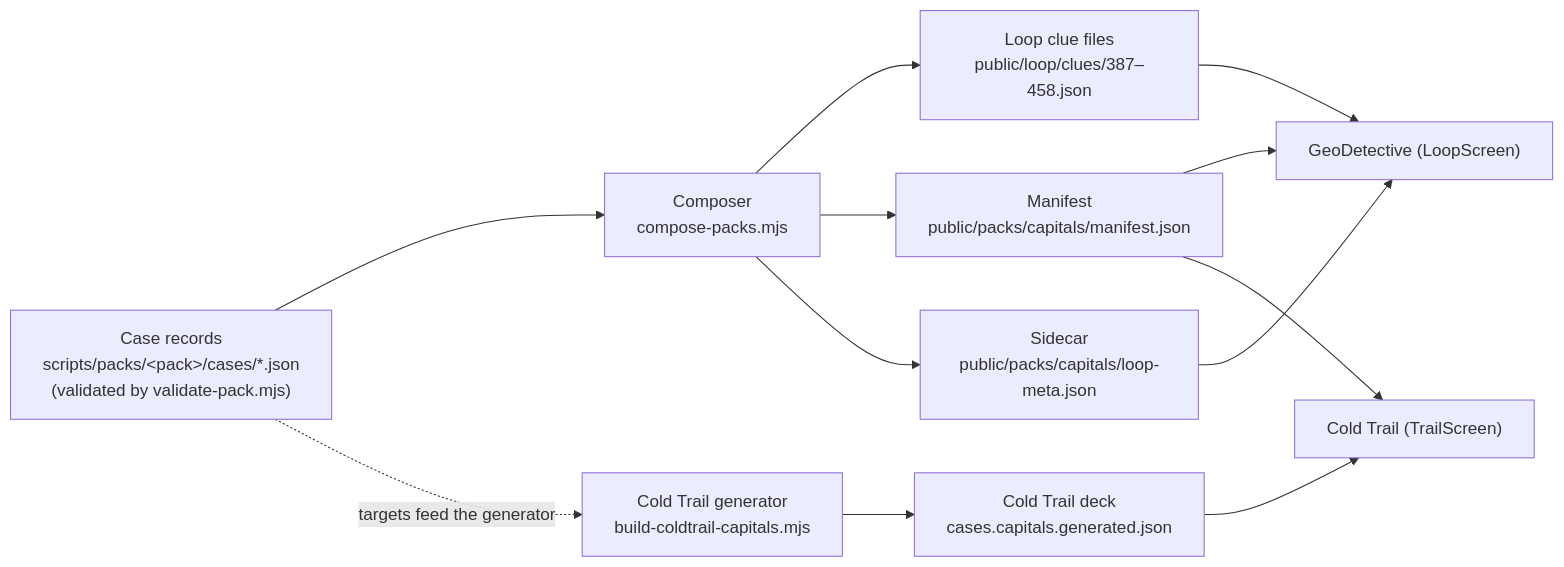
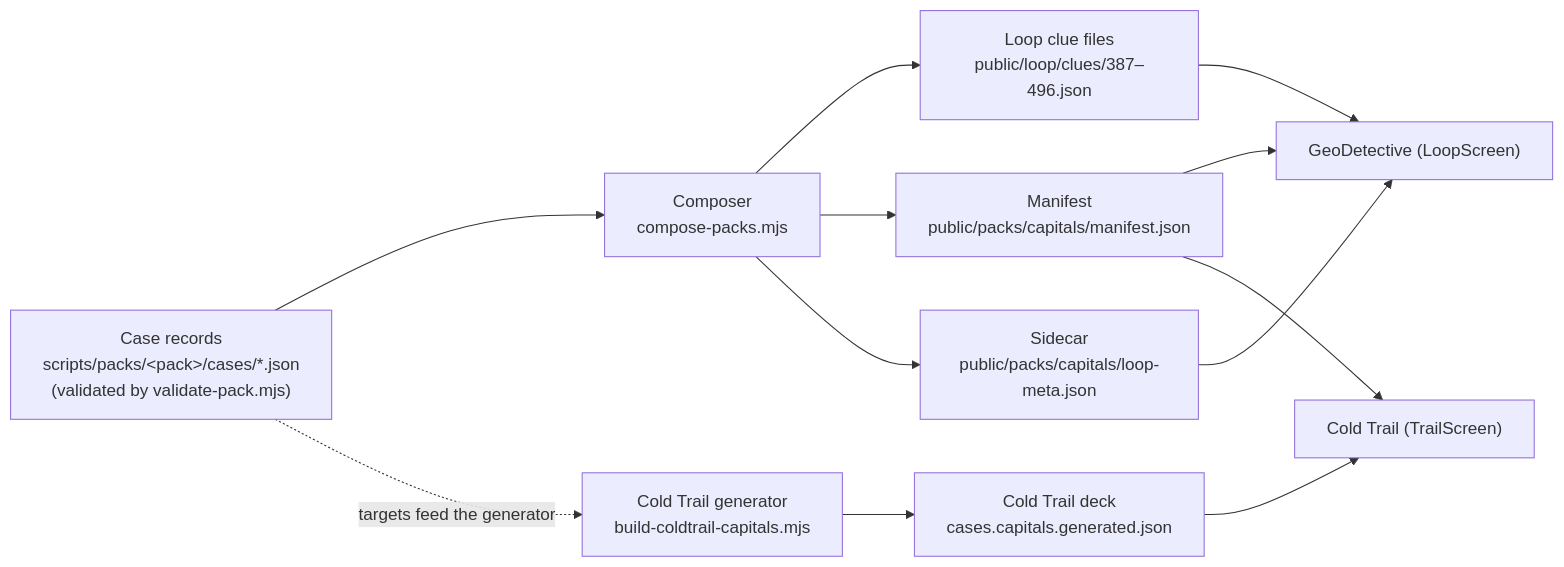
The diagram in docs/story-packs.md (veeresh-bikkaneti/Meridian), drawn with Mermaid before and after one commit. The commit also changed other lines of this file and 5 other files, not shown here.

````diff
--- a/docs/story-packs.md
+++ b/docs/story-packs.md
@@ -17,14 +17,14 @@
 ```mermaid
 flowchart LR
     A["Case records<br/>scripts/packs/&lt;pack&gt;/cases/*.json<br/>(validated by validate-pack.mjs)"] --> B["Composer<br/>compose-packs.mjs"]
-    B --> C["Loop clue files<br/>public/loop/clues/387–458.json"]
+    B --> C["Loop clue files<br/>public/loop/clues/387–496.json"]
     B --> D["Manifest<br/>public/packs/capitals/manifest.json"]
     B --> E["Sidecar<br/>public/packs/capitals/loop-meta.json"]
     F["Cold Trail generator<br/>build-coldtrail-capitals.mjs"] --> G["Cold Trail deck<br/>cases.capitals.generated.json"]
     A -. "targets feed the generator" .-> F
     C --> H["GeoDetective (LoopScreen)"]
     D --> H
     E --> H
     G --> I["Cold Trail (TrailScreen)"]
     D --> I
 ```
````
